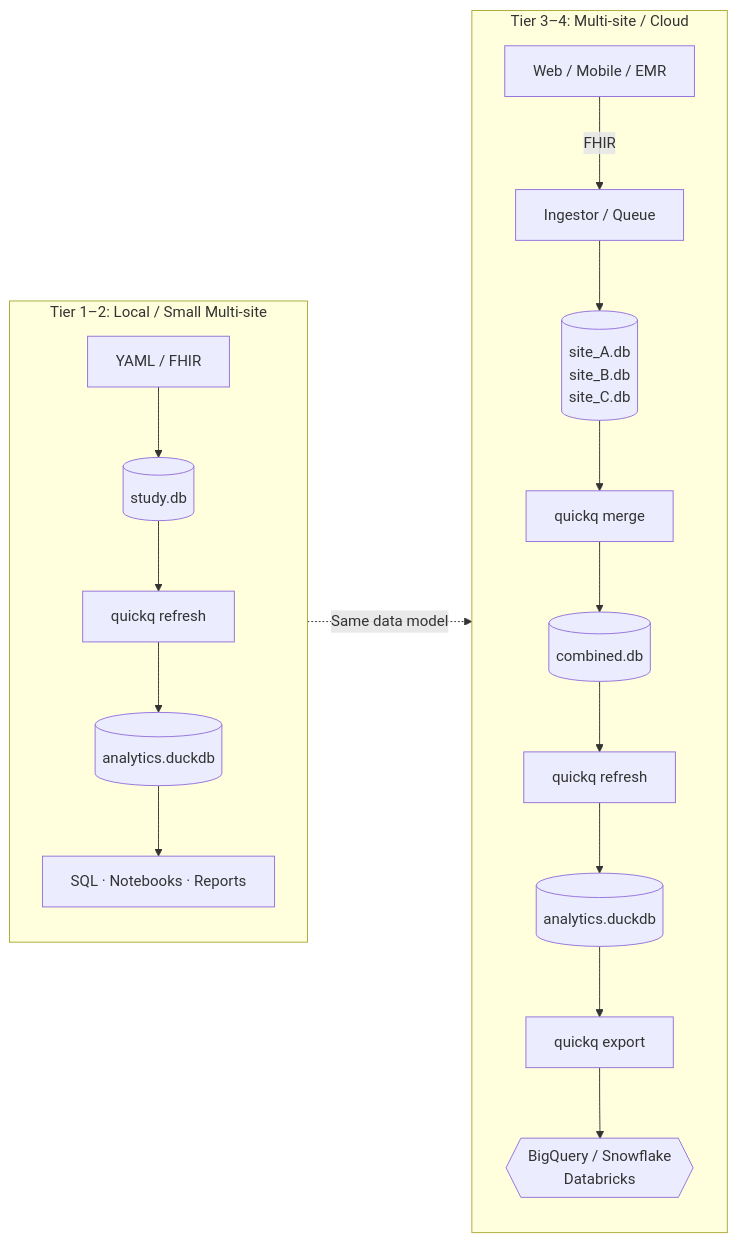
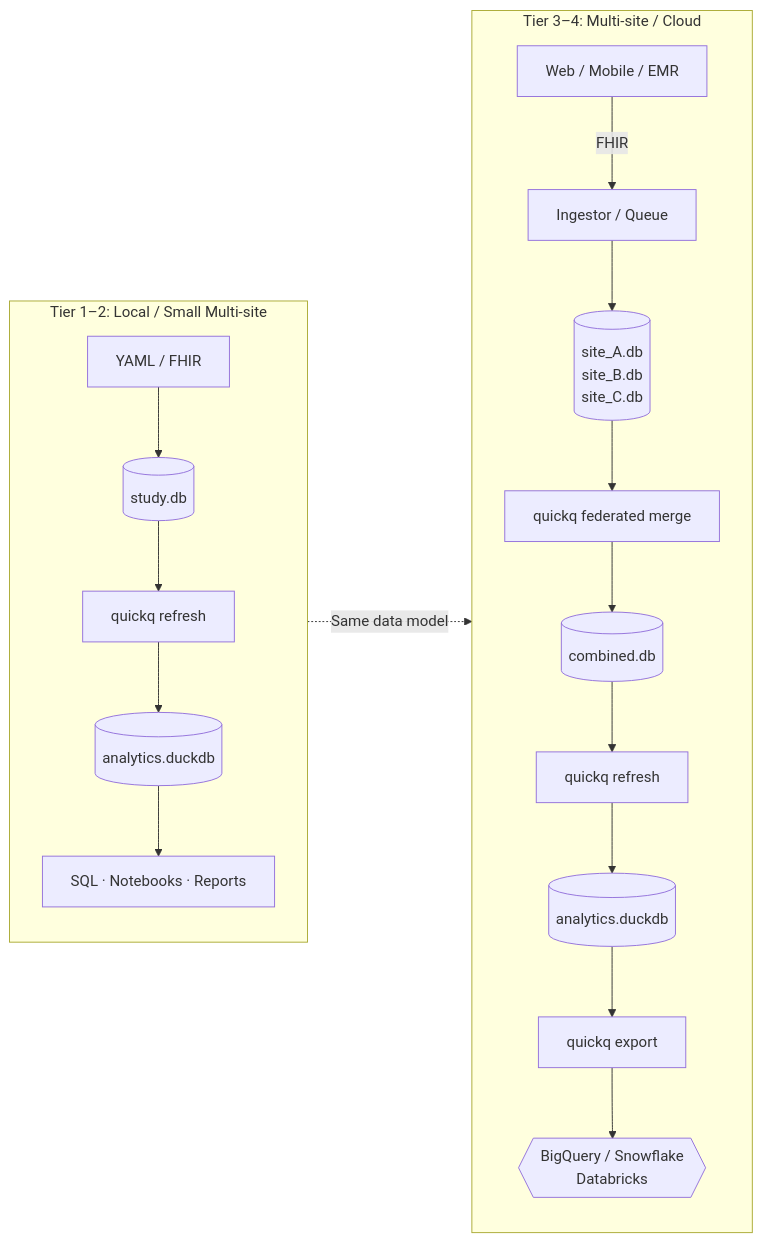
Before and after one commit to quickq-io/quickq: the diagram in docs/design_decisions.md, drawn with Mermaid. The commit also changed other lines of this file and 12 other files, not shown here.

````diff
--- a/docs/design_decisions.md
+++ b/docs/design_decisions.md
@@ -65,24 +65,24 @@
 ```mermaid
 flowchart LR
     subgraph Local ["Tier 1–2: Local / Small Multi-site"]
         direction TB
         L_Input[YAML / FHIR] --> L_SQLite[(study.db)]
         L_SQLite --> L_Refresh[quickq refresh]
         L_Refresh --> L_DuckDB[(analytics.duckdb)]
         L_DuckDB --> L_Analyze[SQL · Notebooks · Reports]
     end
 
     subgraph Cloud ["Tier 3–4: Multi-site / Cloud"]
         direction TB
         C_Apps[Web / Mobile / EMR] -- FHIR --> C_Queue[Ingestor / Queue]
         C_Queue --> C_Sites[(site_A.db\nsite_B.db\nsite_C.db)]
-        C_Sites --> C_Merge[quickq merge]
+        C_Sites --> C_Merge[quickq federated merge]
         C_Merge --> C_Combined[(combined.db)]
         C_Combined --> C_Refresh[quickq refresh]
         C_Refresh --> C_OLAP[(analytics.duckdb)]
         C_OLAP --> C_Parquet[quickq export]
         C_Parquet --> C_Warehouse{{BigQuery / Snowflake\nDatabricks}}
     end
 
     Local -. "Same data model" .-> Cloud
 ```
````
